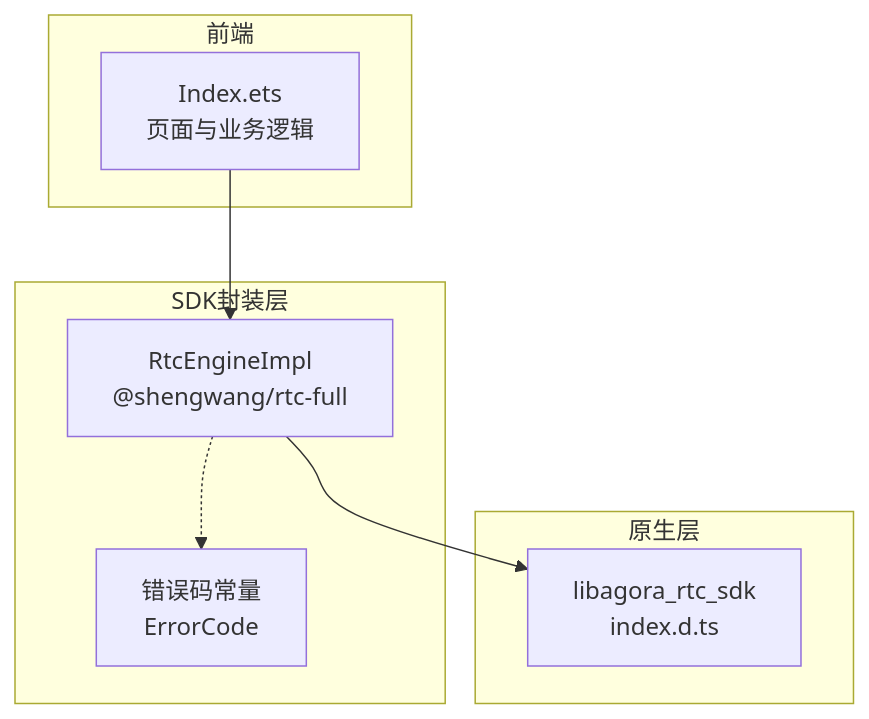
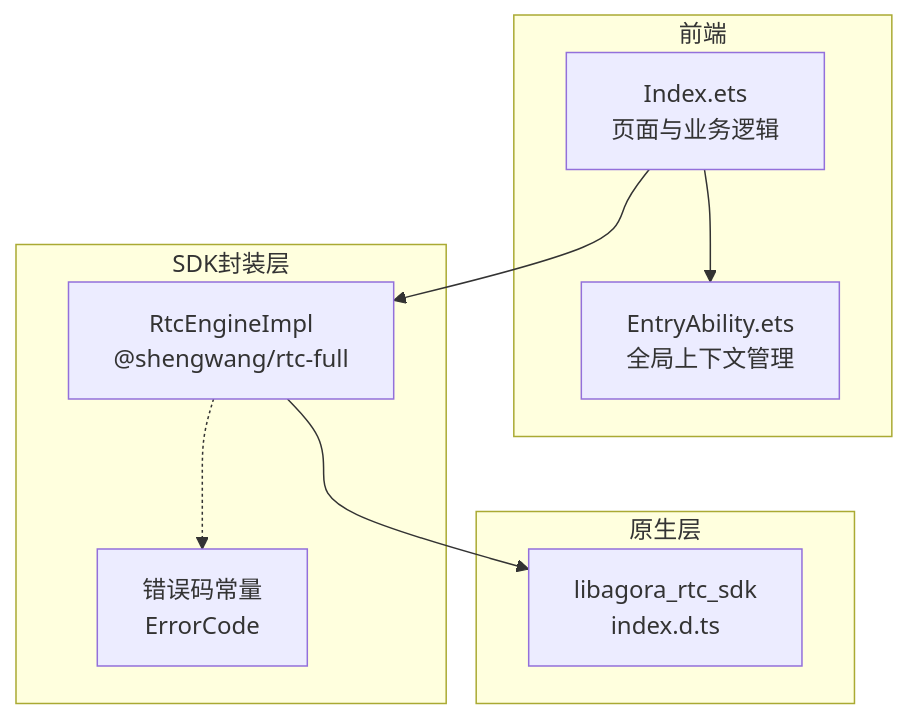
The first of 9 diagrams in .qoder/repowiki/zh/content/主要功能模块/音视频通话系统/RTC引擎初始化.md (huz1xuan/harmony_XDY), drawn with Mermaid before and after one commit. The commit also changed other lines of this file and 15 other files, not shown here.

````diff
--- a/.qoder/repowiki/zh/content/主要功能模块/音视频通话系统/RTC引擎初始化.md
+++ b/.qoder/repowiki/zh/content/主要功能模块/音视频通话系统/RTC引擎初始化.md
@@ -28,16 +38,18 @@
 ```mermaid
 graph TB
 subgraph "前端"
 UI["Index.ets<br/>页面与业务逻辑"]
+ENTRY["EntryAbility.ets<br/>全局上下文管理"]
 end
 subgraph "SDK封装层"
 SDK["RtcEngineImpl<br/>@shengwang/rtc-full"]
 ERR["错误码常量<br/>ErrorCode"]
 end
 subgraph "原生层"
 NATIVE["libagora_rtc_sdk<br/>index.d.ts"]
 end
+UI --> ENTRY
 UI --> SDK
 SDK --> NATIVE
 SDK -.-> ERR
 ```
````
